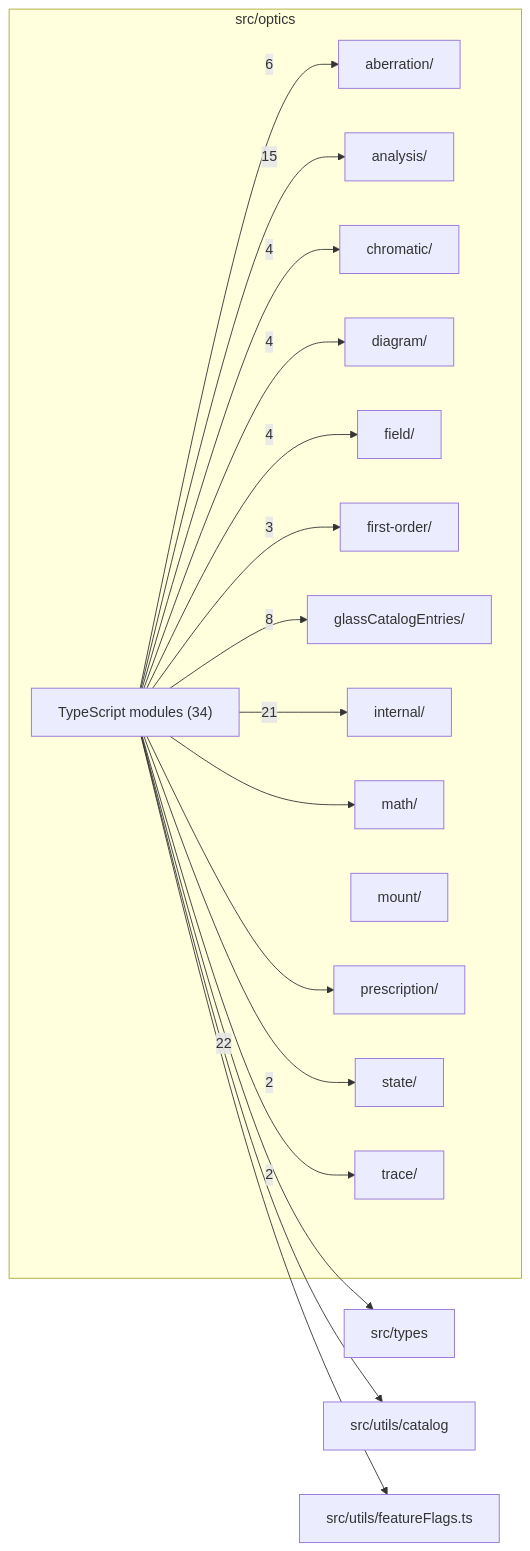
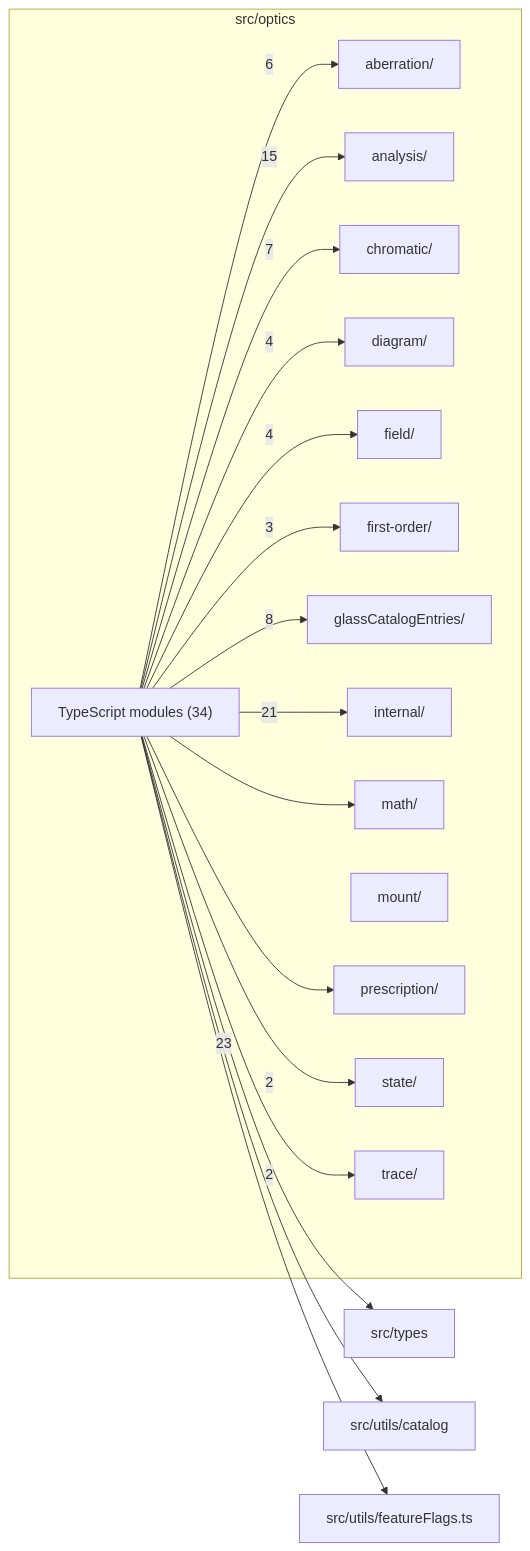
The diagram in src/optics/readme.md (ronbuening/LensVisualizer), drawn with Mermaid before and after one commit. The commit also changed other lines of this file and 128 other files, not shown here.

````diff
--- a/src/optics/readme.md
+++ b/src/optics/readme.md
@@ -9,37 +9,37 @@
 ```mermaid
 flowchart LR
   subgraph n_src_optics["src/optics"]
     n_src_optics_src_optics_aberration["aberration/"]
     n_src_optics_src_optics_analysis["analysis/"]
     n_src_optics_src_optics_chromatic["chromatic/"]
     n_src_optics_src_optics_diagram["diagram/"]
     n_src_optics_src_optics_field["field/"]
     n_src_optics_src_optics_first_order["first-order/"]
     n_src_optics_src_optics_glassCatalogEntries["glassCatalogEntries/"]
     n_src_optics_src_optics_internal["internal/"]
     n_src_optics_src_optics_math["math/"]
     n_src_optics_src_optics_mount["mount/"]
     n_src_optics_src_optics_prescription["prescription/"]
     n_src_optics_src_optics_state["state/"]
     n_src_optics_src_optics_trace["trace/"]
     n_src_optics_TypeScript_modules["TypeScript modules (34)"]
   end
   n_external_src_types["src/types"]
   n_external_src_utils_catalog["src/utils/catalog"]
   n_external_src_utils_featureFlags_ts["src/utils/featureFlags.ts"]
-  n_src_optics_TypeScript_modules --> |22| n_external_src_types
+  n_src_optics_TypeScript_modules --> |23| n_external_src_types
   n_src_optics_TypeScript_modules --> |21| n_src_optics_src_optics_internal
   n_src_optics_TypeScript_modules --> |15| n_src_optics_src_optics_analysis
   n_src_optics_TypeScript_modules --> |8| n_src_optics_src_optics_glassCatalogEntries
+  n_src_optics_TypeScript_modules --> |7| n_src_optics_src_optics_chromatic
   n_src_optics_TypeScript_modules --> |6| n_src_optics_src_optics_aberration
-  n_src_optics_TypeScript_modules --> |4| n_src_optics_src_optics_chromatic
   n_src_optics_TypeScript_modules --> |4| n_src_optics_src_optics_diagram
   n_src_optics_TypeScript_modules --> |4| n_src_optics_src_optics_field
   n_src_optics_TypeScript_modules --> |3| n_src_optics_src_optics_first_order
   n_src_optics_TypeScript_modules --> |2| n_src_optics_src_optics_state
   n_src_optics_TypeScript_modules --> |2| n_src_optics_src_optics_trace
   n_src_optics_TypeScript_modules --> n_external_src_utils_catalog
   n_src_optics_TypeScript_modules --> n_external_src_utils_featureFlags_ts
   n_src_optics_TypeScript_modules --> n_src_optics_src_optics_math
   n_src_optics_TypeScript_modules --> n_src_optics_src_optics_prescription
 ```
````
